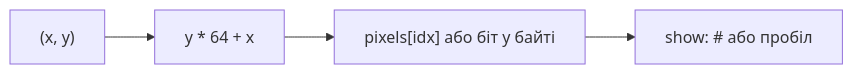
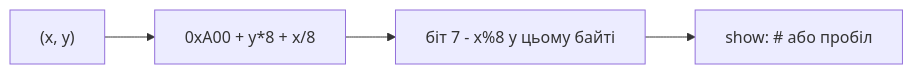
One commit to ReallyPablo/Programming-Practice-Projects changed the diagram in courses/programming-fundamentals/lab-05-many-of-one-thing.notes.md. Above: the diagram before and after it, drawn with Mermaid. The commit also changed other lines of this file and 30 other files, not shown here.

````diff
--- a/courses/programming-fundamentals/lab-05-many-of-one-thing.notes.md
+++ b/courses/programming-fundamentals/lab-05-many-of-one-thing.notes.md
@@ -28,6 +39,6 @@
 ```mermaid
 flowchart LR
-  XY["(x, y)"] --> Idx["y * 64 + x"]
-  Idx --> Bit["pixels[idx] або біт у байті"]
+  XY["(x, y)"] --> Idx["0xA00 + y*8 + x/8"]
+  Idx --> Bit["біт 7 - x%8 у цьому байті"]
   Bit --> Show["show: # або пробіл"]
 ```
````
